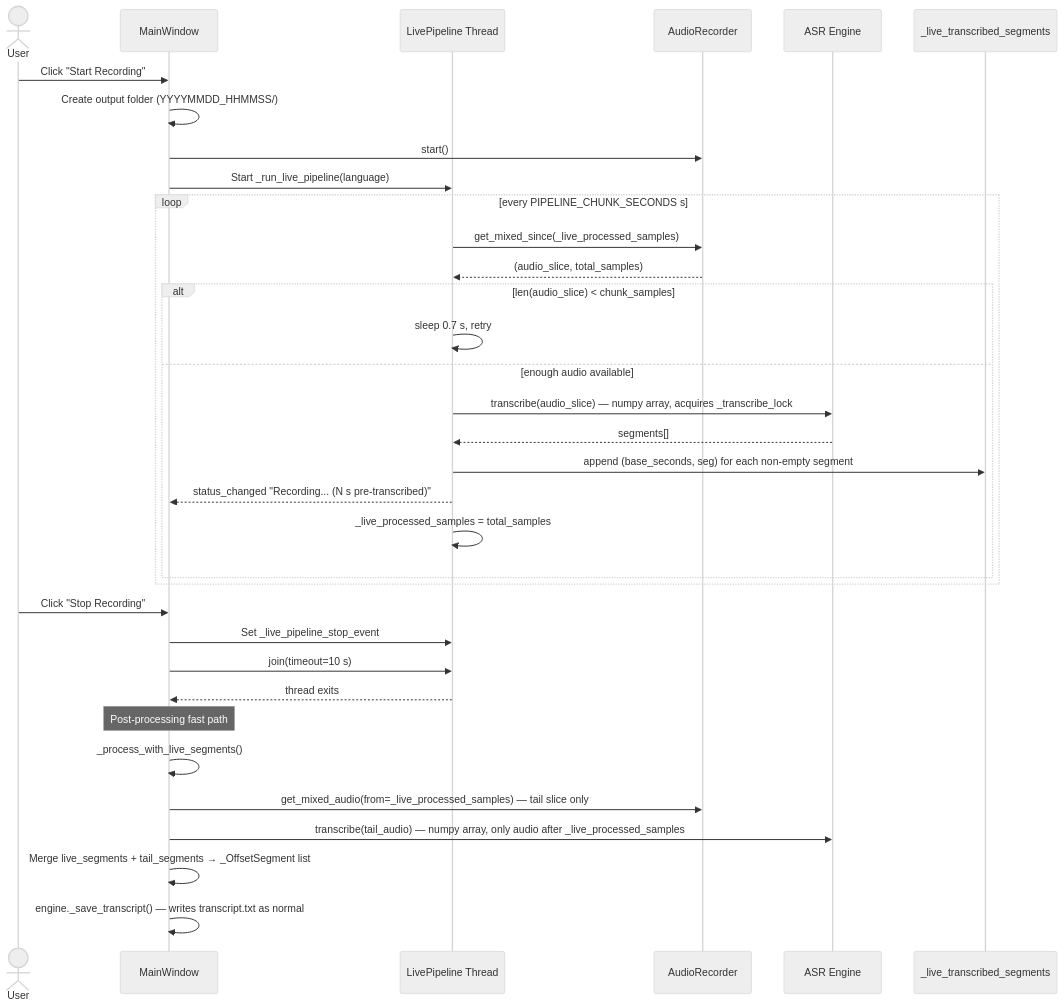
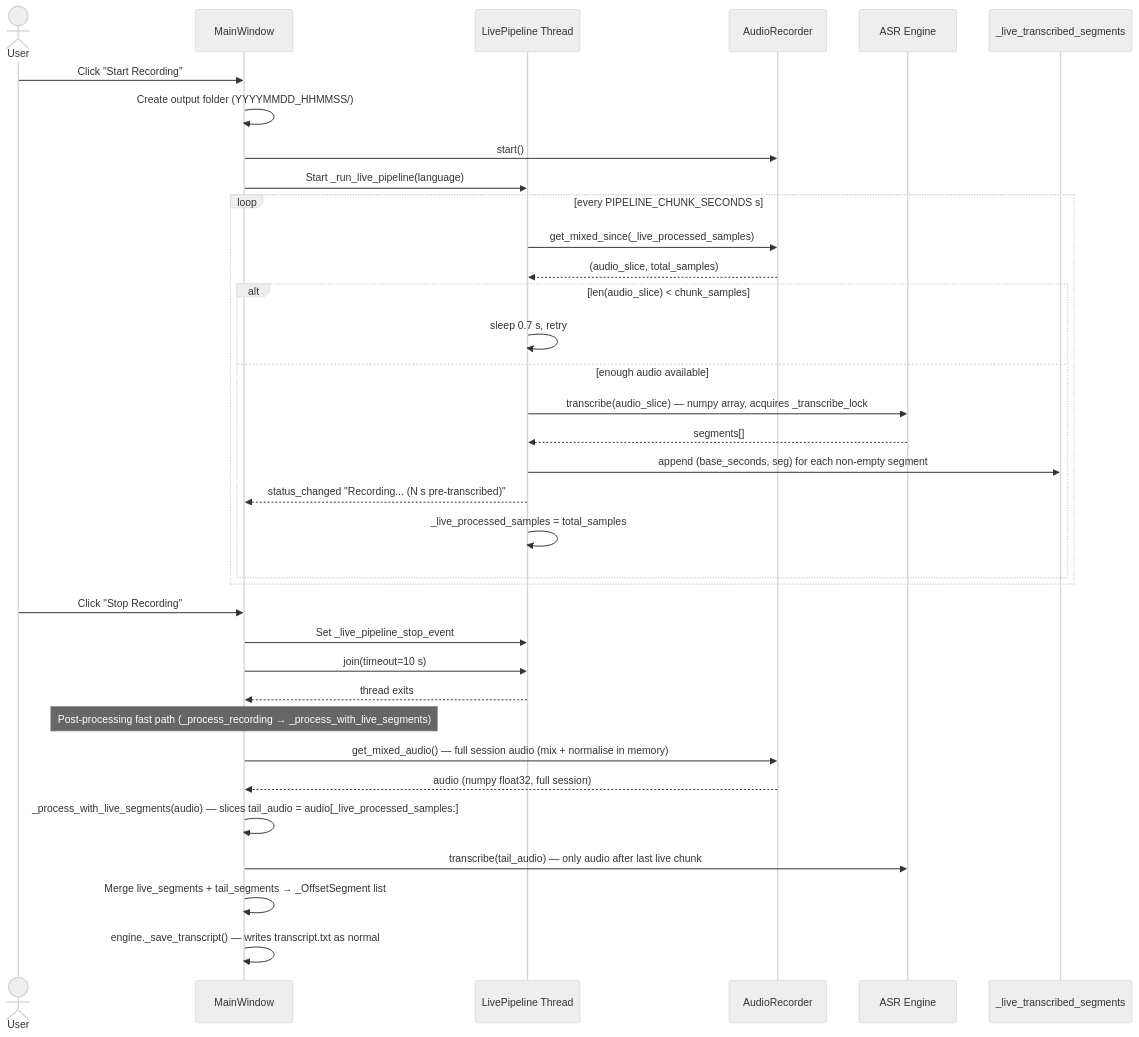
Before and after one commit to edoardomazzella/meeting-transcriber: the seventh of 10 diagrams in docs/ARCHITECTURE.md, drawn with Mermaid (neutral theme). The commit also changed other lines of this file and 5 other files, not shown here.

````diff
--- a/docs/ARCHITECTURE.md
+++ b/docs/ARCHITECTURE.md
@@ -324,40 +325,41 @@
 ```mermaid
 sequenceDiagram
     actor User
     participant GUI as MainWindow
     participant LP as LivePipeline Thread
     participant Rec as AudioRecorder
     participant ASR as ASR Engine
     participant MEM as _live_transcribed_segments
 
     User->>GUI: Click "Start Recording"
     GUI->>GUI: Create output folder (YYYYMMDD_HHMMSS/)
     GUI->>Rec: start()
     GUI->>LP: Start _run_live_pipeline(language)
 
     loop every PIPELINE_CHUNK_SECONDS s
         LP->>Rec: get_mixed_since(_live_processed_samples)
         Rec-->>LP: (audio_slice, total_samples)
         alt len(audio_slice) < chunk_samples
             LP->>LP: sleep 0.7 s, retry
         else enough audio available
             LP->>ASR: transcribe(audio_slice) — numpy array, acquires _transcribe_lock
             ASR-->>LP: segments[]
             LP->>MEM: append (base_seconds, seg) for each non-empty segment
             LP-->>GUI: status_changed "Recording... (N s pre-transcribed)"
             LP->>LP: _live_processed_samples = total_samples
         end
     end
 
     User->>GUI: Click "Stop Recording"
     GUI->>LP: Set _live_pipeline_stop_event
     GUI->>LP: join(timeout=10 s)
     LP-->>GUI: thread exits
 
-    Note over GUI: Post-processing fast path
-    GUI->>GUI: _process_with_live_segments()
-    GUI->>Rec: get_mixed_audio(from=_live_processed_samples) — tail slice only
-    GUI->>ASR: transcribe(tail_audio) — numpy array, only audio after _live_processed_samples
+    Note over GUI: Post-processing fast path (_process_recording → _process_with_live_segments)
+    GUI->>Rec: get_mixed_audio() — full session audio (mix + normalise in memory)
+    Rec-->>GUI: audio (numpy float32, full session)
+    GUI->>GUI: _process_with_live_segments(audio) — slices tail_audio = audio[_live_processed_samples:]
+    GUI->>ASR: transcribe(tail_audio) — only audio after last live chunk
     GUI->>GUI: Merge live_segments + tail_segments → _OffsetSegment list
     GUI->>GUI: engine._save_transcript() — writes transcript.txt as normal
 ```
````
